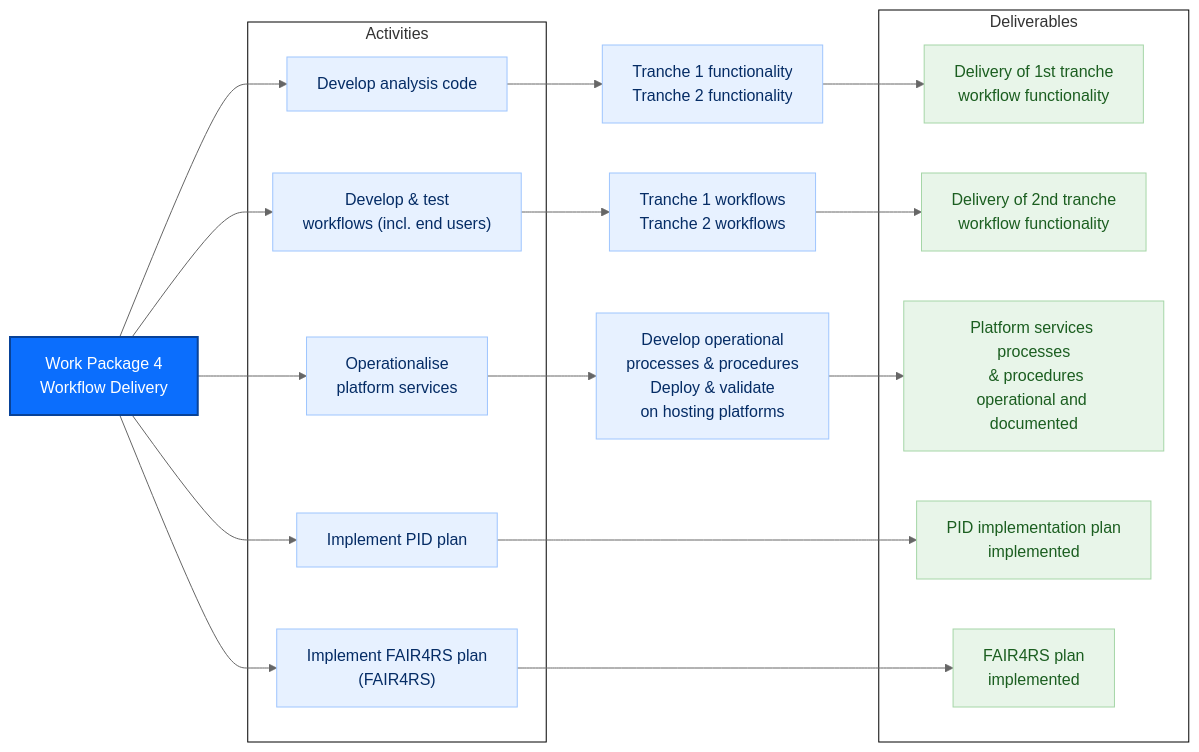
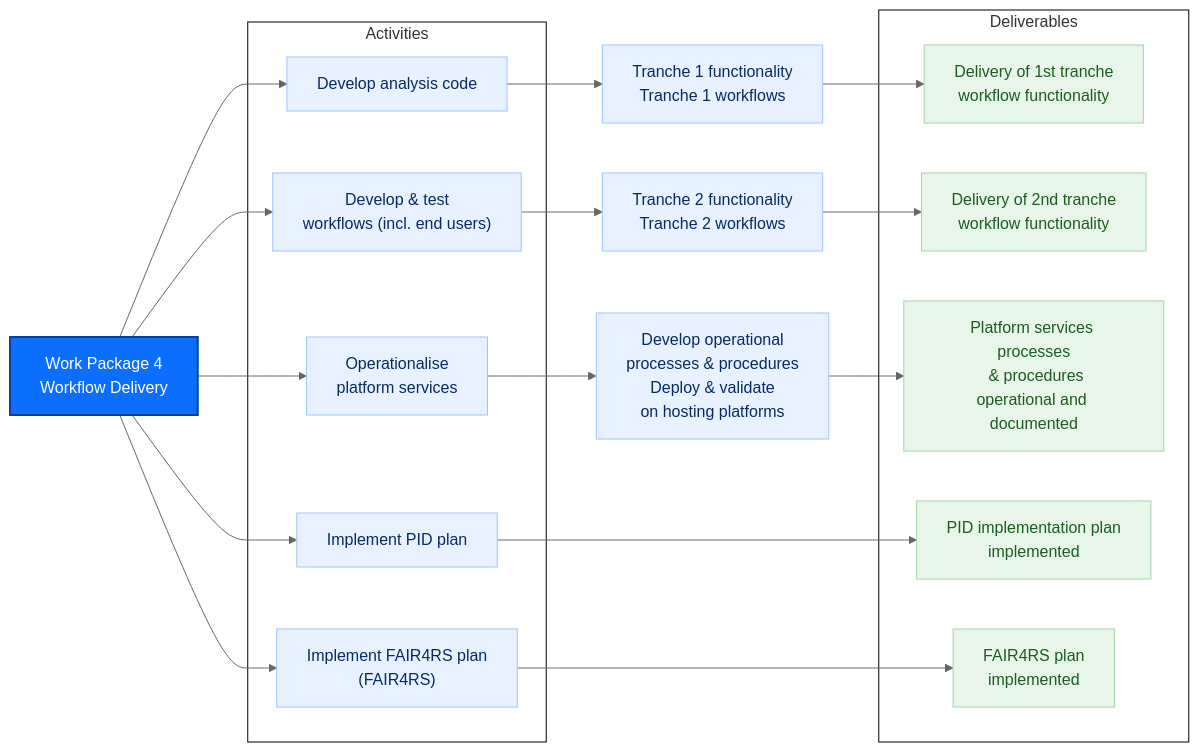
One commit to Ecosystem-Indicators-Workflows/project-presentations changed the diagram in fig/WP4.mmd. Above: the diagram before and after it, drawn with Mermaid (neutral theme). The commit also changed 7 other files, not shown here.

```diff
--- a/fig/WP4.mmd
+++ b/fig/WP4.mmd
@@ -1,50 +1,50 @@
 flowchart LR
     A[Work Package 4<br>Workflow Delivery]:::wp
 
     subgraph Activities
         A1[Develop analysis code]:::act
         A2["Develop & test<br>workflows (incl. end users)"]:::act
         A3[Operationalise<br>platform services]:::act
         A4[Implement PID plan]:::act
         A5["Implement FAIR4RS plan<br>(FAIR4RS)"]:::act
     end
 
-    Subactivity1[Tranche 1 functionality<br>Tranche 2 functionality]:::act
-    Subactivity2[Tranche 1 workflows<br>Tranche 2 workflows]:::act
+    Subactivity1[Tranche 1 functionality<br>Tranche 1 workflows]:::act
+    Subactivity2[Tranche 2 functionality<br>Tranche 2 workflows]:::act
     Subactivity3[Develop operational<br>processes & procedures<br>Deploy & validate<br>on hosting platforms]:::act
 
     subgraph Deliverables
         D1["Delivery of 1st tranche<br>workflow functionality"]:::del
         D2["Delivery of 2nd tranche<br>workflow functionality"]:::del
         D3["Platform services processes<br> & procedures<br>operational and documented"]:::del
         D4["PID implementation plan<br>implemented"]:::del
         D5["FAIR4RS plan<br> implemented"]:::del
     end
 
     %% Activity structure
     A --> A1 --> Subactivity1
 
     A --> A2 --> Subactivity2
 
     A --> A3 --> Subactivity3
 
     A --> A4
     A --> A5
 
     %% Activities to Deliverables mapping
     Subactivity1 --> D1
 
     Subactivity2 --> D2
 
     Subactivity3 --> D3
 
     A4 --> D4
     A5 --> D5
 
     %% Styles
     Activities:::Empty
     Deliverables:::Empty
     classDef Empty fill:none,stroke:black;
     classDef wp fill:#0b6efd,color:#fff,stroke:#084298,stroke-width:2px;
     classDef act fill:#e7f1ff,color:#052c65,stroke:#9ec5fe,stroke-width:1px;
     classDef del fill:#e8f5e9,color:#1b5e20,stroke:#a5d6a7,stroke-width:1px;
```
